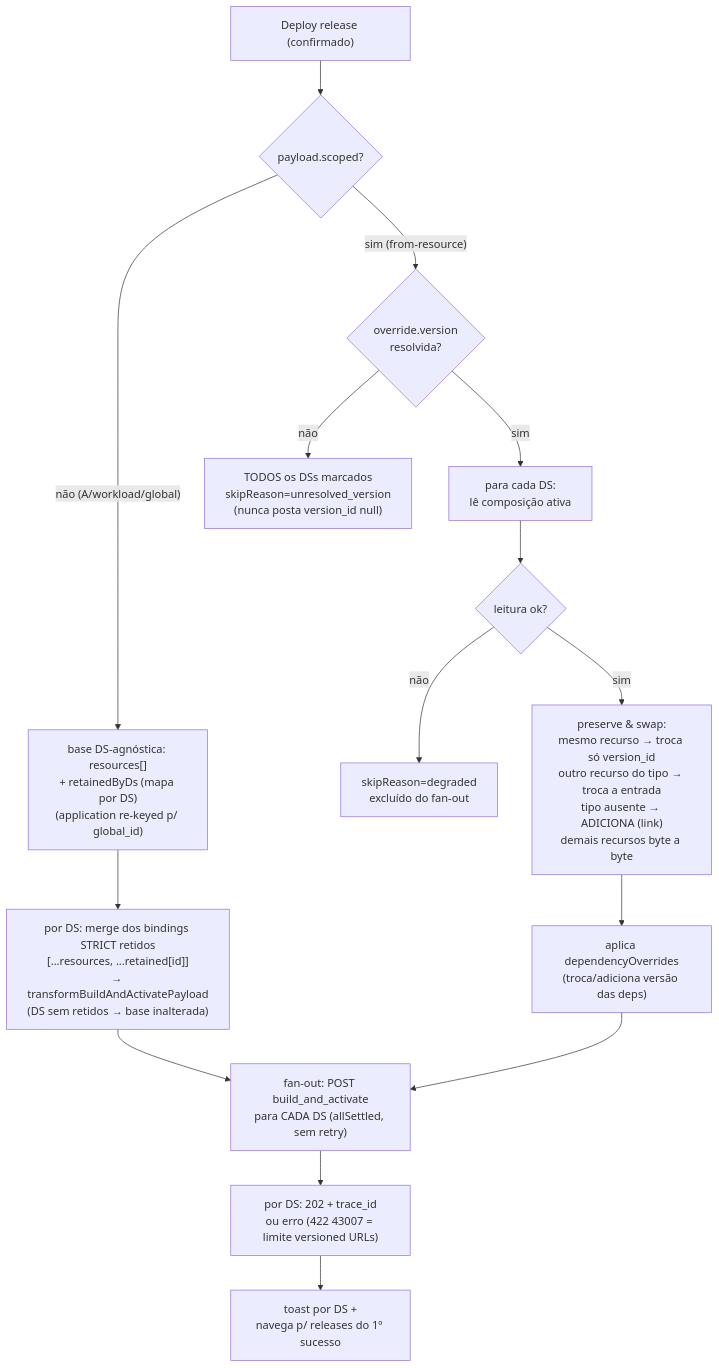
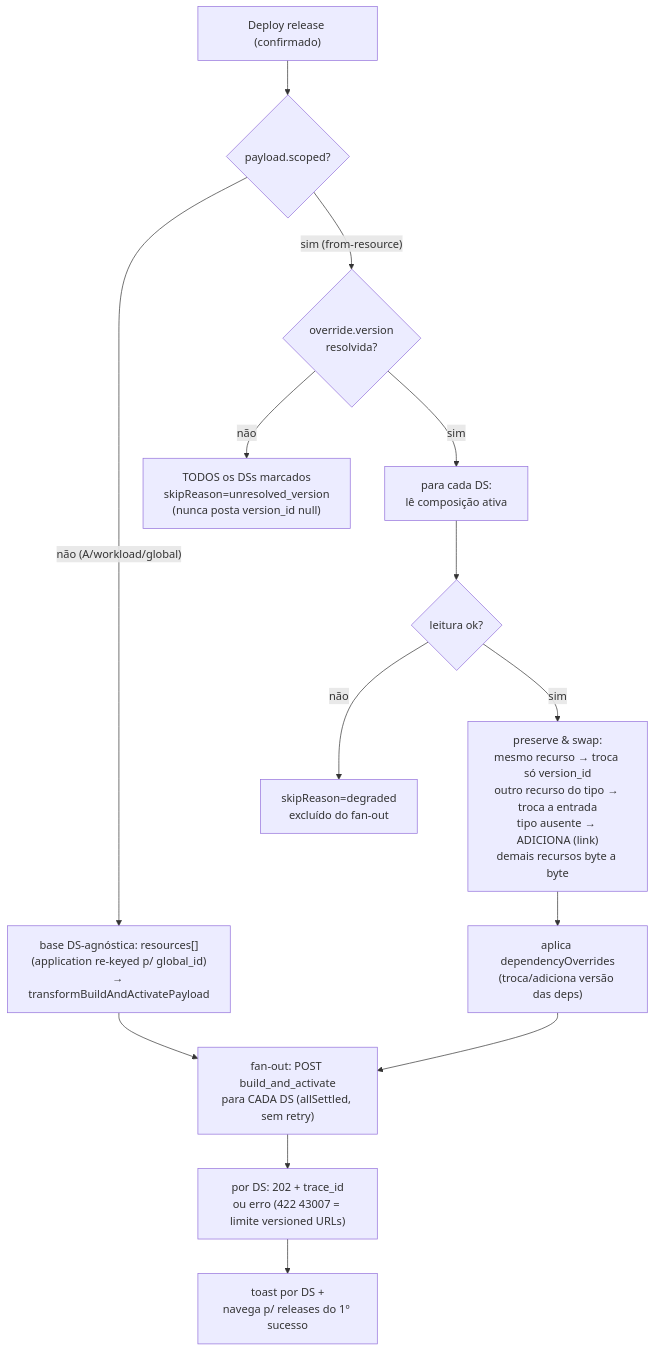
One commit to aziontech/azion-console-kit changed the seventh of 7 diagrams in docs/RELEASE-COMPOSER-FLOWS.md. Above: the diagram before and after it, drawn with Mermaid. The commit also changed other lines of this file and 14 other files, not shown here.

````diff
--- a/docs/RELEASE-COMPOSER-FLOWS.md
+++ b/docs/RELEASE-COMPOSER-FLOWS.md
@@ -418,20 +410,19 @@
 ```mermaid
 flowchart TD
     A["Deploy release (confirmado)"] --> B{"payload.scoped?"}
 
-    B -->|"não (A/workload/global)"| C["base DS-agnóstica: resources[]<br/>+ retainedByDs (mapa por DS)<br/>(application re-keyed p/ global_id)"]
-    C --> C2["por DS: merge dos bindings STRICT retidos<br/>[...resources, ...retained[id]]<br/>→ transformBuildAndActivatePayload<br/>(DS sem retidos → base inalterada)"]
-    C2 --> D["fan-out: POST build_and_activate<br/>para CADA DS (allSettled, sem retry)"]
+    B -->|"não (A/workload/global)"| C["base DS-agnóstica: resources[]<br/>(application re-keyed p/ global_id)<br/>→ transformBuildAndActivatePayload"]
+    C --> D["fan-out: POST build_and_activate<br/>para CADA DS (allSettled, sem retry)"]
 
     B -->|"sim (from-resource)"| E{"override.version<br/>resolvida?"}
     E -->|"não"| F["TODOS os DSs marcados<br/>skipReason=unresolved_version<br/>(nunca posta version_id null)"]
     E -->|"sim"| G["para cada DS:<br/>lê composição ativa"]
     G --> H{"leitura ok?"}
     H -->|"não"| I["skipReason=degraded<br/>excluído do fan-out"]
     H -->|"sim"| J["preserve & swap:<br/>mesmo recurso → troca só version_id<br/>outro recurso do tipo → troca a entrada<br/>tipo ausente → ADICIONA (link)<br/>demais recursos byte a byte"]
     J --> K["aplica dependencyOverrides<br/>(troca/adiciona versão das deps)"]
     K --> D
 
     D --> L["por DS: 202 + trace_id<br/>ou erro (422 43007 = limite versioned URLs)"]
     L --> M["toast por DS +<br/>navega p/ releases do 1º sucesso"]
 ```
````
